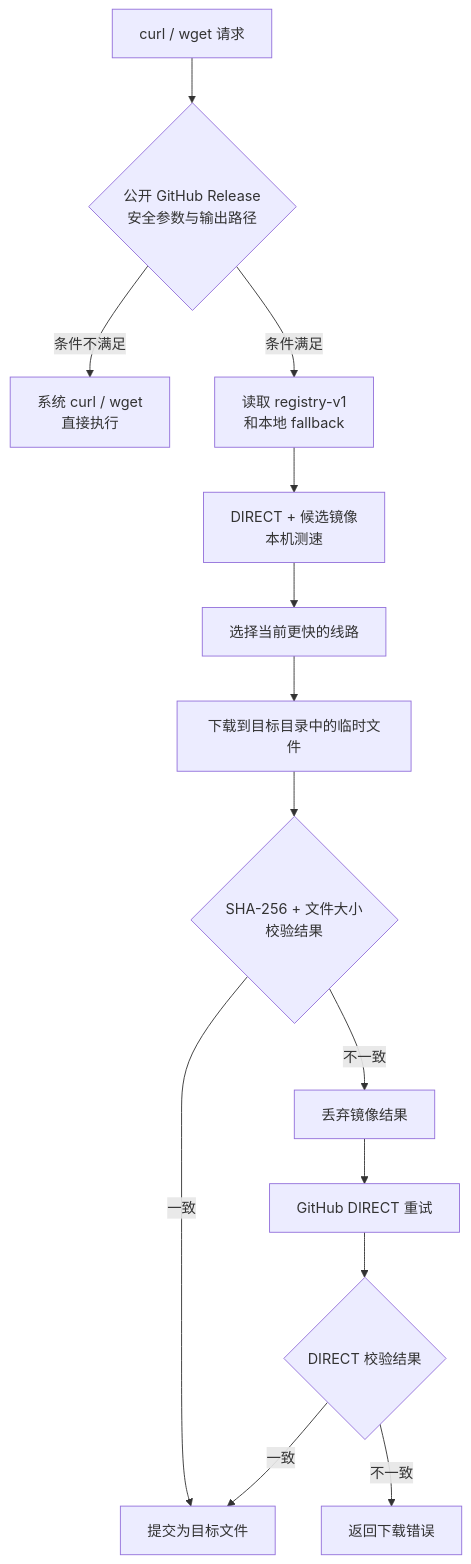
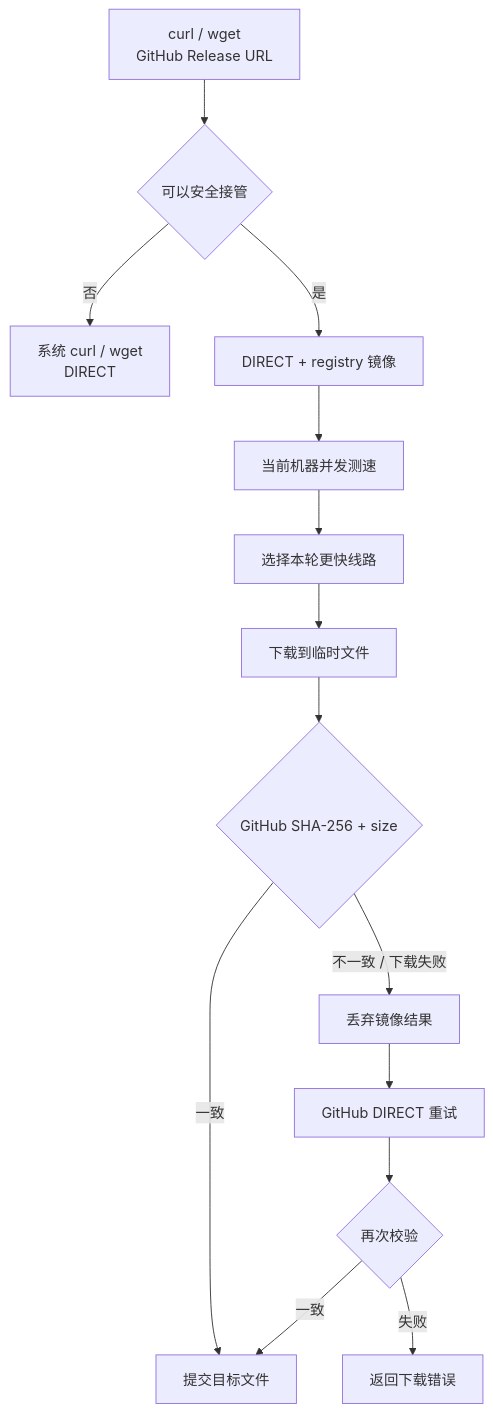
One commit to Takabunbin/ghlane changed the first of 2 diagrams in README.md. Above: the diagram before and after it, drawn with Mermaid. The commit also changed other lines of this file and 2 other files, not shown here.

````diff
--- a/README.md
+++ b/README.md
@@ -67,16 +112,16 @@
 ```mermaid
 flowchart TD
-    A["curl / wget 请求"] --> B{"公开 GitHub Release<br/>安全参数与输出路径"}
-    B -- "条件不满足" --> D["系统 curl / wget<br/>直接执行"]
-    B -- "条件满足" --> M["读取 registry-v1<br/>和本地 fallback"]
-    M --> R["DIRECT + 候选镜像<br/>本机测速"]
-    R --> F["选择当前更快的线路"]
-    F --> T["下载到目标目录中的临时文件"]
-    T --> V{"SHA-256 + 文件大小<br/>校验结果"}
-    V -- "一致" --> O["提交为目标文件"]
-    V -- "不一致" --> X["丢弃镜像结果"]
+    A["curl / wget<br/>GitHub Release URL"] --> B{"可以安全接管"}
+    B -- "否" --> D["系统 curl / wget<br/>DIRECT"]
+    B -- "是" --> M["DIRECT + registry 镜像"]
+    M --> R["当前机器并发测速"]
+    R --> F["选择本轮更快线路"]
+    F --> T["下载到临时文件"]
+    T --> V{"GitHub SHA-256 + size"}
+    V -- "一致" --> O["提交目标文件"]
+    V -- "不一致 / 下载失败" --> X["丢弃镜像结果"]
     X --> G["GitHub DIRECT 重试"]
-    G --> W{"DIRECT 校验结果"}
+    G --> W{"再次校验"}
     W -- "一致" --> O
-    W -- "不一致" --> E["返回下载错误"]
+    W -- "失败" --> E["返回下载错误"]
 ```
````
